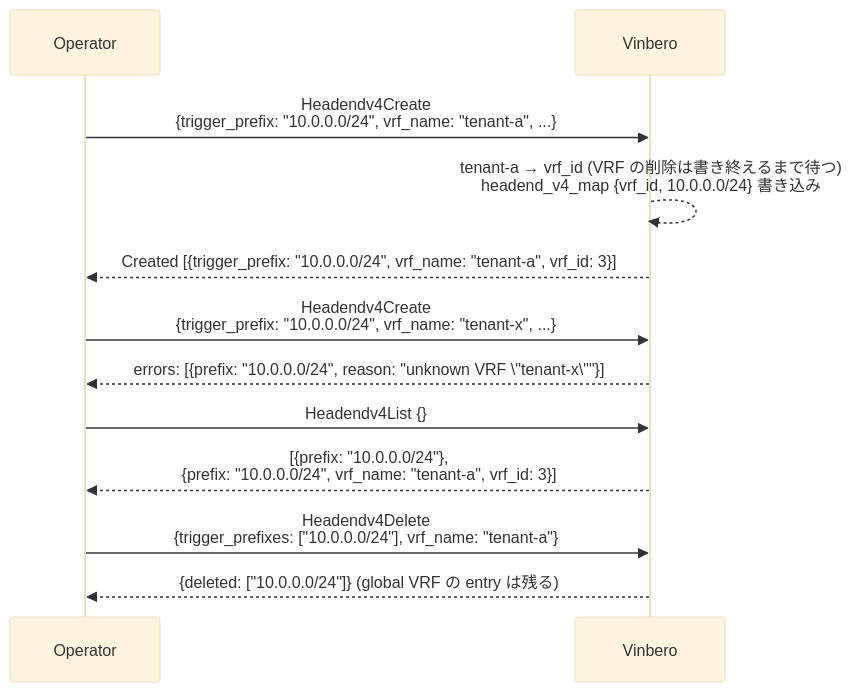
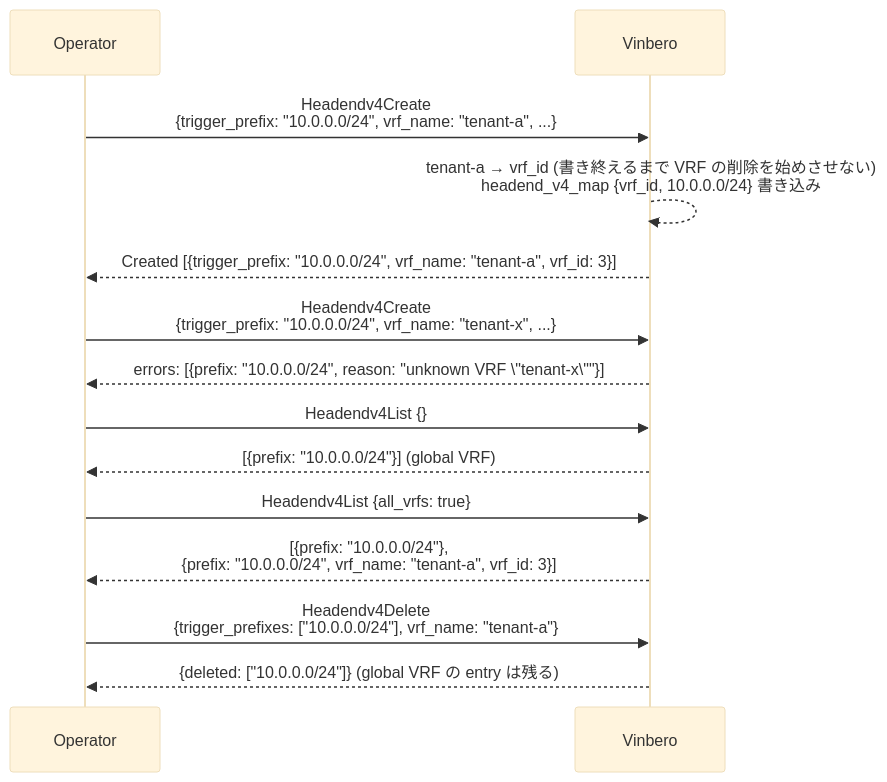
One commit to takehaya/Vinbero changed the eighth of 23 diagrams in docs/design/ja/api_sequence.md. Above: the diagram before and after it, drawn with Mermaid (base theme). The commit also changed other lines of this file and 10 other files, not shown here.

````diff
--- a/docs/design/ja/api_sequence.md
+++ b/docs/design/ja/api_sequence.md
@@ -280,18 +280,21 @@
 ```mermaid
 sequenceDiagram
     participant Op as Operator
     participant V as Vinbero
 
     Op->>V: Headendv4Create<br/>{trigger_prefix: "10.0.0.0/24", vrf_name: "tenant-a", ...}
-    V-->>V: tenant-a → vrf_id (VRF の削除は書き終えるまで待つ)<br/>headend_v4_map {vrf_id, 10.0.0.0/24} 書き込み
+    V-->>V: tenant-a → vrf_id (書き終えるまで VRF の削除を始めさせない)<br/>headend_v4_map {vrf_id, 10.0.0.0/24} 書き込み
     V-->>Op: Created [{trigger_prefix: "10.0.0.0/24", vrf_name: "tenant-a", vrf_id: 3}]
 
     Op->>V: Headendv4Create<br/>{trigger_prefix: "10.0.0.0/24", vrf_name: "tenant-x", ...}
     V-->>Op: errors: [{prefix: "10.0.0.0/24", reason: "unknown VRF \"tenant-x\""}]
 
     Op->>V: Headendv4List {}
+    V-->>Op: [{prefix: "10.0.0.0/24"}] (global VRF)
+
+    Op->>V: Headendv4List {all_vrfs: true}
     V-->>Op: [{prefix: "10.0.0.0/24"},<br/>{prefix: "10.0.0.0/24", vrf_name: "tenant-a", vrf_id: 3}]
 
     Op->>V: Headendv4Delete<br/>{trigger_prefixes: ["10.0.0.0/24"], vrf_name: "tenant-a"}
     V-->>Op: {deleted: ["10.0.0.0/24"]} (global VRF の entry は残る)
 ```
````
